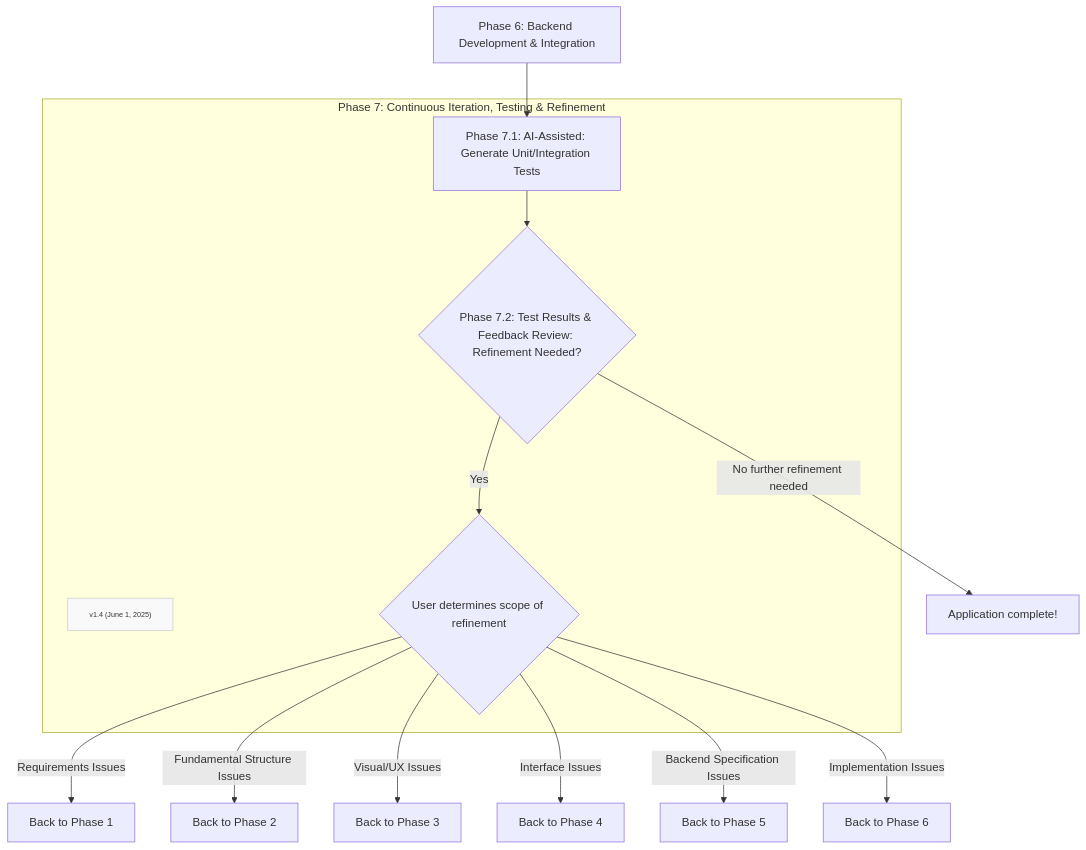
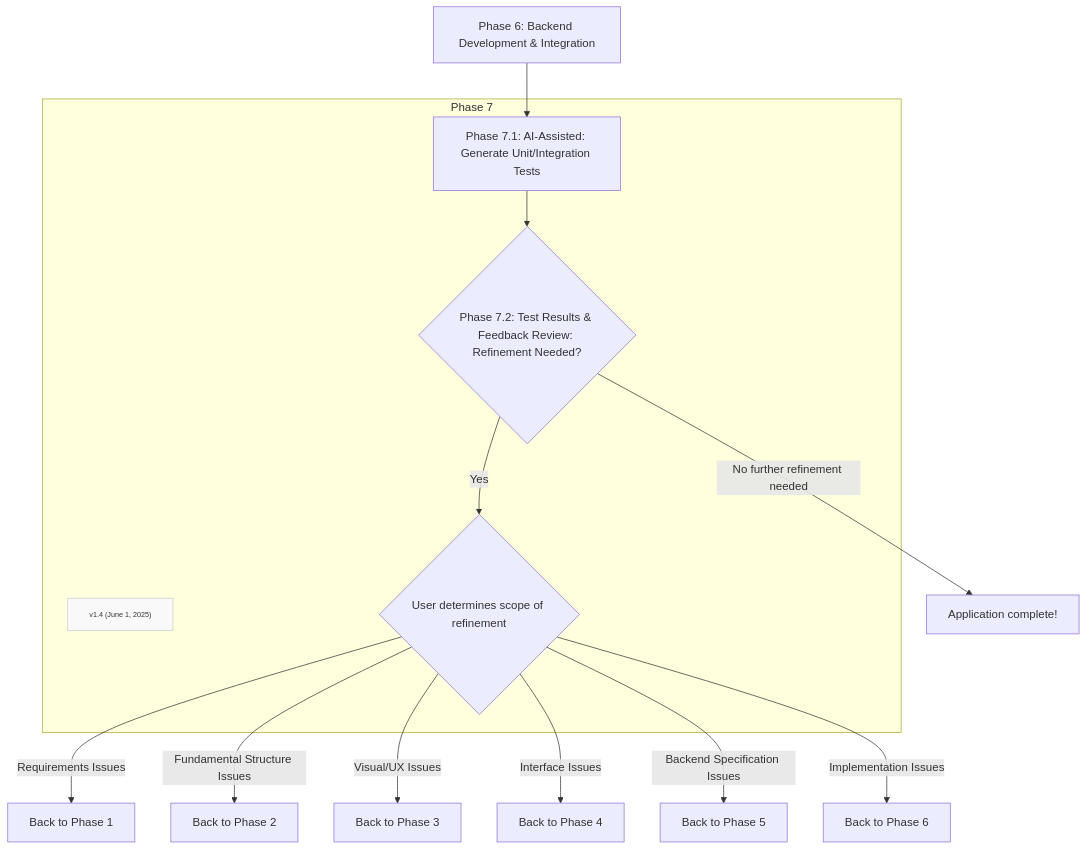
Before and after one commit to Mharbulous/Front-First-Method: the diagram in Phases/FF-phase7.md, drawn with Mermaid.

````diff
--- a/Phases/FF-phase7.md
+++ b/Phases/FF-phase7.md
@@ -1,22 +1,22 @@
 ```mermaid
 graph TD
     Phase6["Phase 6: Backend Development & Integration"] --> Phase7_1
 
-    subgraph Phase7 ["Phase 7: Continuous Iteration, Testing & Refinement"]
+    subgraph Phase7 ["Phase 7"]
         Version["v1.4 (June 1, 2025)"]
         classDef version fill:#f9f9f9,stroke:#ccc,font-size:10px
         class Version version
         Phase7_1["Phase 7.1: AI-Assisted: Generate Unit/Integration Tests"] --> Phase7_2{"Phase 7.2: Test Results & Feedback Review: Refinement Needed?"} 
         Phase7_2 --> |Yes|RefineDecision{"User determines scope of refinement"}
         
     end
 
 Phase7_2 -->  |No further refinement needed|AllGood["Application complete!"]       
 RefineDecision -->|Requirements Issues| Back2Phase1["Back to Phase 1"]
 RefineDecision -->|Fundamental Structure Issues| Back2Phase2["Back to Phase 2"]
 RefineDecision -->|Visual/UX Issues| Back2Phase3["Back to Phase 3"]
 RefineDecision -->|Interface Issues| Back2Phase4["Back to Phase 4"]
 RefineDecision -->|Backend Specification Issues| Back2Phase5["Back to Phase 5"]
 RefineDecision -->|Implementation Issues| Back2Phase6["Back to Phase 6"]
 
 ```
````
